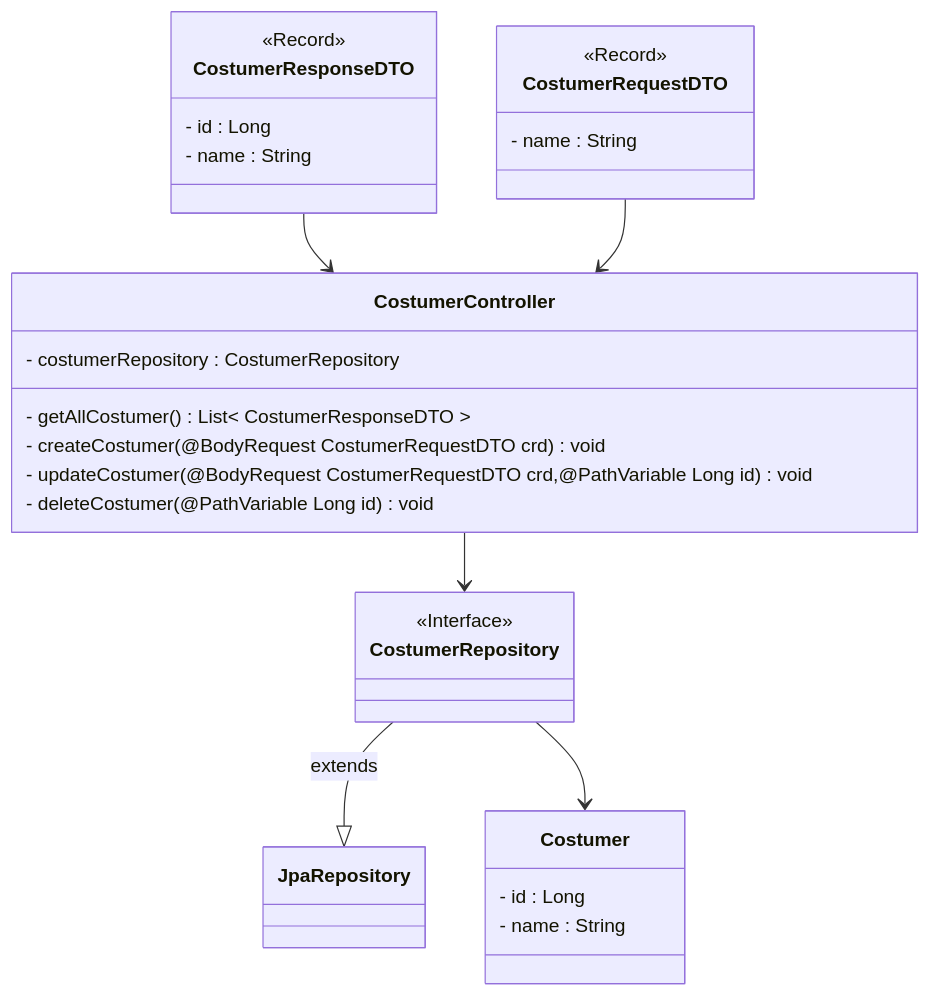
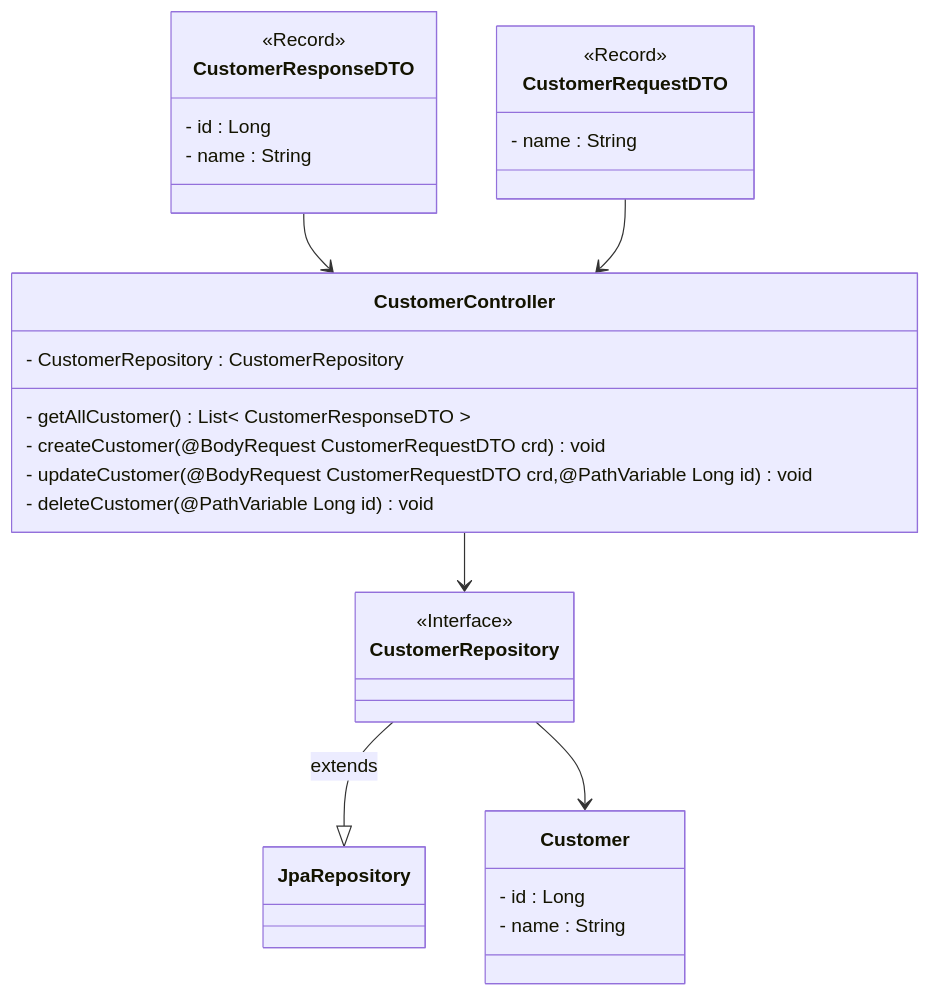
The diagram in restaurant/README.md (gabuh/lp2a4), drawn with Mermaid before and after one commit. The commit also changed other lines of this file and 6 other files, not shown here.

Commit message:
Costumer ~+ Customer english correction

````diff
--- a/restaurant/README.md
+++ b/restaurant/README.md
@@ -1,42 +1,42 @@
 ```mermaid
 classDiagram
 
-class Costumer{
+class Customer{
 	- id : Long
 	- name : String
     
 }
 
-class CostumerRepository{
+class CustomerRepository{
 	<<Interface>>
 	
 }
 
 
-class CostumerResponseDTO{
+class CustomerResponseDTO{
 	<<Record>>
 	- id : Long
 	- name : String
 }
-class CostumerRequestDTO{
+class CustomerRequestDTO{
 	<<Record>>
 	- name : String
 }
 
-class CostumerController {
-	- costumerRepository : CostumerRepository
-	- getAllCostumer() List< CostumerResponseDTO >
-	- createCostumer(@BodyRequest CostumerRequestDTO crd) void
-	- updateCostumer(@BodyRequest CostumerRequestDTO crd,@PathVariable Long id) void
-	- deleteCostumer(@PathVariable Long id) void
+class CustomerController {
+	- CustomerRepository : CustomerRepository
+	- getAllCustomer() List< CustomerResponseDTO >
+	- createCustomer(@BodyRequest CustomerRequestDTO crd) void
+	- updateCustomer(@BodyRequest CustomerRequestDTO crd,@PathVariable Long id) void
+	- deleteCustomer(@PathVariable Long id) void
 }
 
 class JpaRepository
 
 
-CostumerRepository --|> JpaRepository : extends
-CostumerResponseDTO --> CostumerController
-CostumerRequestDTO --> CostumerController
-CostumerController --> CostumerRepository
-CostumerRepository --> Costumer
+CustomerRepository --|> JpaRepository : extends
+CustomerResponseDTO --> CustomerController
+CustomerRequestDTO --> CustomerController
+CustomerController --> CustomerRepository
+CustomerRepository --> Customer
 ```
````
